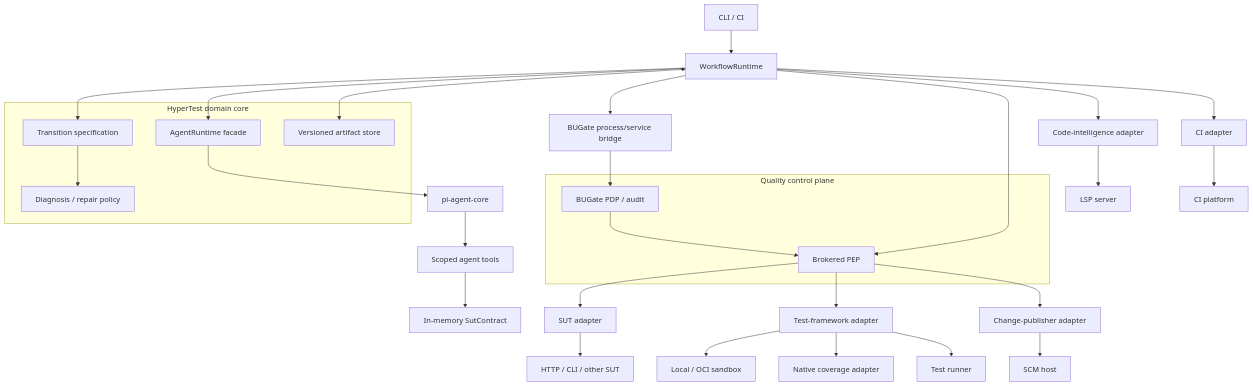
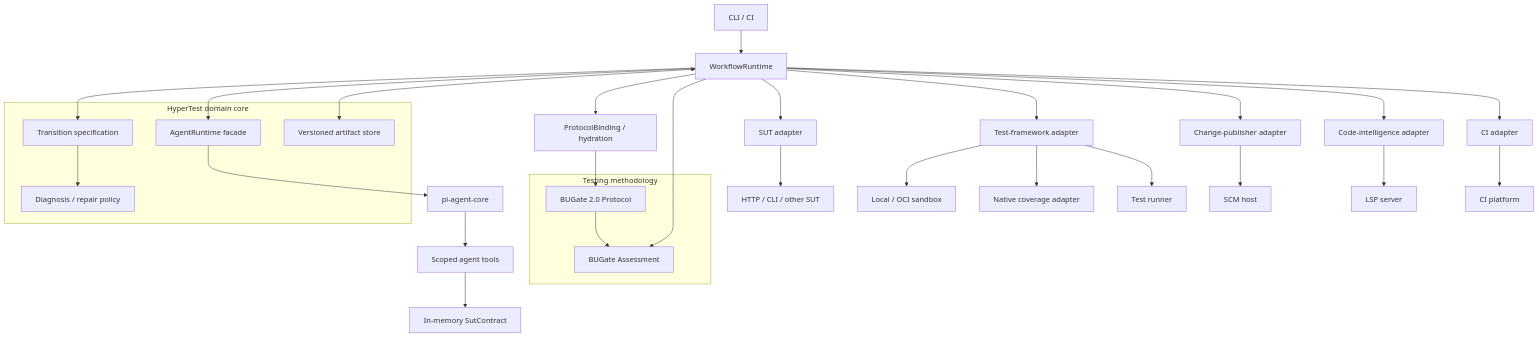
One commit to ZhangLiangchen/hypertest changed the diagram in docs/architecture.md. Above: the diagram before and after it, drawn with Mermaid. The commit also changed other lines of this file, not shown here.

Commit message:
docs: align architecture with BUGate protocol model

````diff
--- a/docs/architecture.md
+++ b/docs/architecture.md
@@ -35,43 +26,43 @@
 ```mermaid
 flowchart TB
   Entry[CLI / CI] --> Flow[WorkflowRuntime]
 
-  subgraph Control[Quality control plane]
-    PDP[BUGate PDP / audit]
-    PEP[Brokered PEP]
-    PDP --> PEP
+  subgraph Methodology[Testing methodology]
+    Protocol[BUGate 2.0 Protocol]
+    Assess[BUGate Assessment]
+    Protocol --> Assess
   end
 
   subgraph CoreBox[HyperTest domain core]
     Spec[Transition specification]
     Runtime[AgentRuntime facade]
     Store[Versioned artifact store]
     Policy[Diagnosis / repair policy]
     Spec --> Policy
   end
 
   Flow --> Spec
   Flow --> Runtime
   Flow <--> Store
-  Flow --> Gate[BUGate process/service bridge]
-  Gate --> PDP
-  Flow --> PEP
+  Flow --> Bind[ProtocolBinding / hydration]
+  Bind --> Protocol
+  Flow --> Assess
 
   Runtime --> Pi[pi-agent-core]
   Pi --> PlannerTools[Scoped agent tools]
   PlannerTools --> Contract[In-memory SutContract]
 
-  PEP --> Sut[SUT adapter]
-  PEP --> Test[Test-framework adapter]
-  PEP --> SCM[Change-publisher adapter]
+  Flow --> Sut[SUT adapter]
+  Flow --> Test[Test-framework adapter]
+  Flow --> SCM[Change-publisher adapter]
   Flow --> Code[Code-intelligence adapter]
   Flow --> CI[CI adapter]
   Test --> Sandbox[Local / OCI sandbox]
   Test --> Coverage[Native coverage adapter]
 
   Sut --> Target[HTTP / CLI / other SUT]
   Test --> Runner[Test runner]
   Code --> LSP[LSP server]
   CI --> Platform[CI platform]
   SCM --> Host[SCM host]
 ```
````
